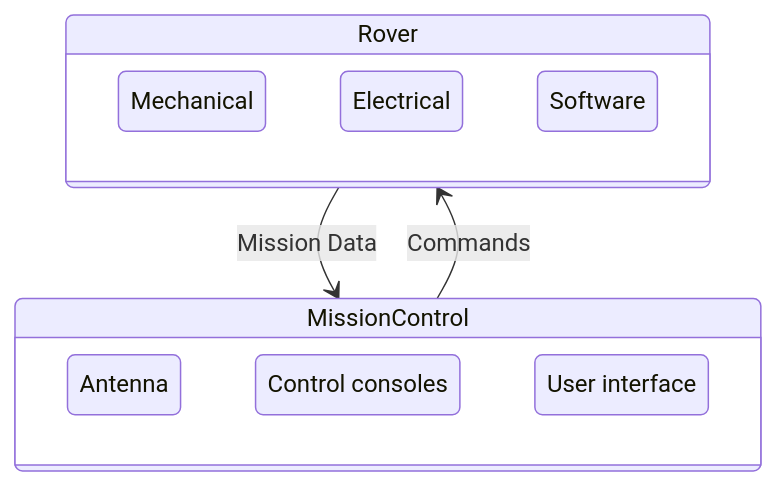
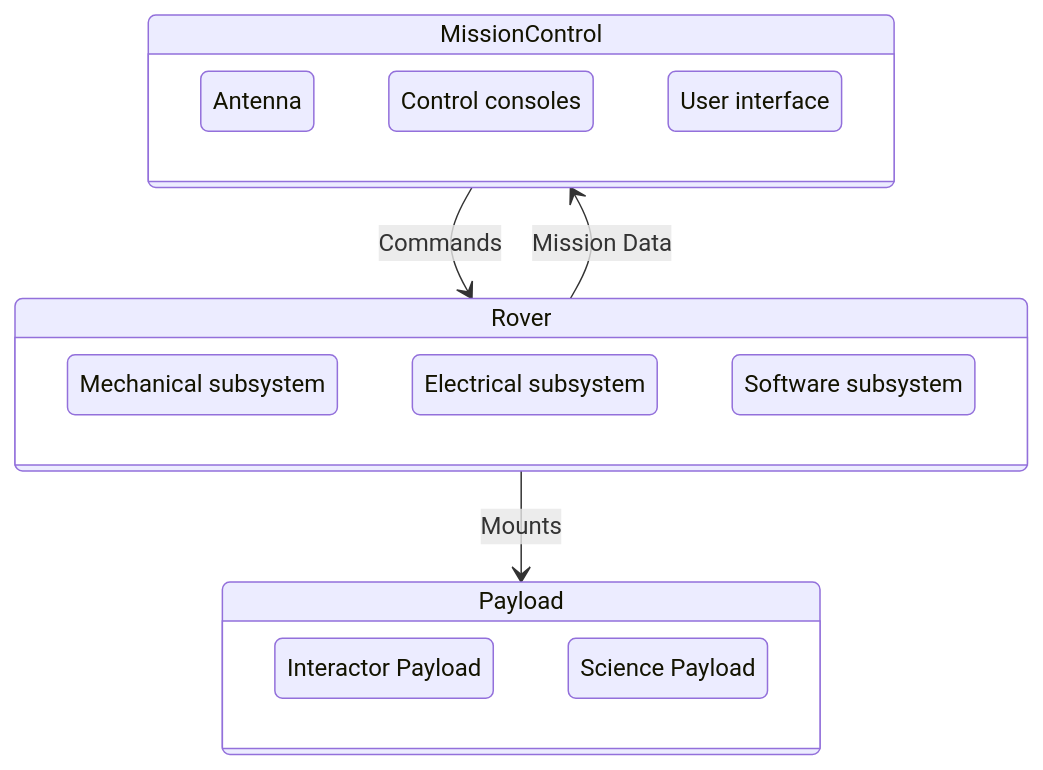
Before and after one commit to Macquarie-Aerospace-Rover-Society/MARS-Project: the diagram in WikiVault/Project Description.md, drawn with Mermaid.

Commit message:
Science payload

````diff
--- a/WikiVault/Project Description.md
+++ b/WikiVault/Project Description.md
@@ -4,17 +4,23 @@
 ```mermaid
 stateDiagram 
-	state Rover{
-		Mech : Mechanical
-		Elec : Electrical
-		Comp : Software
-	}
-
 	state MissionControl {
 		Tele : Antenna
 		Terminal : Control consoles
 		GUI : User interface
 	}
+	
+	state Rover{
+		Mech : Mechanical subsystem
+		Elec : Electrical subsystem
+		Comp : Software subsystem
+	}
+
+	state Payload {
+		Arm : Interactor Payload
+		Science : Science Payload
+	}
 	MissionControl --> Rover : Commands
 	Rover --> MissionControl : Mission Data
-class  internal-link;
+	Rover --> Payload : Mounts
+class Arm, Science internal-link;
 ```
````
